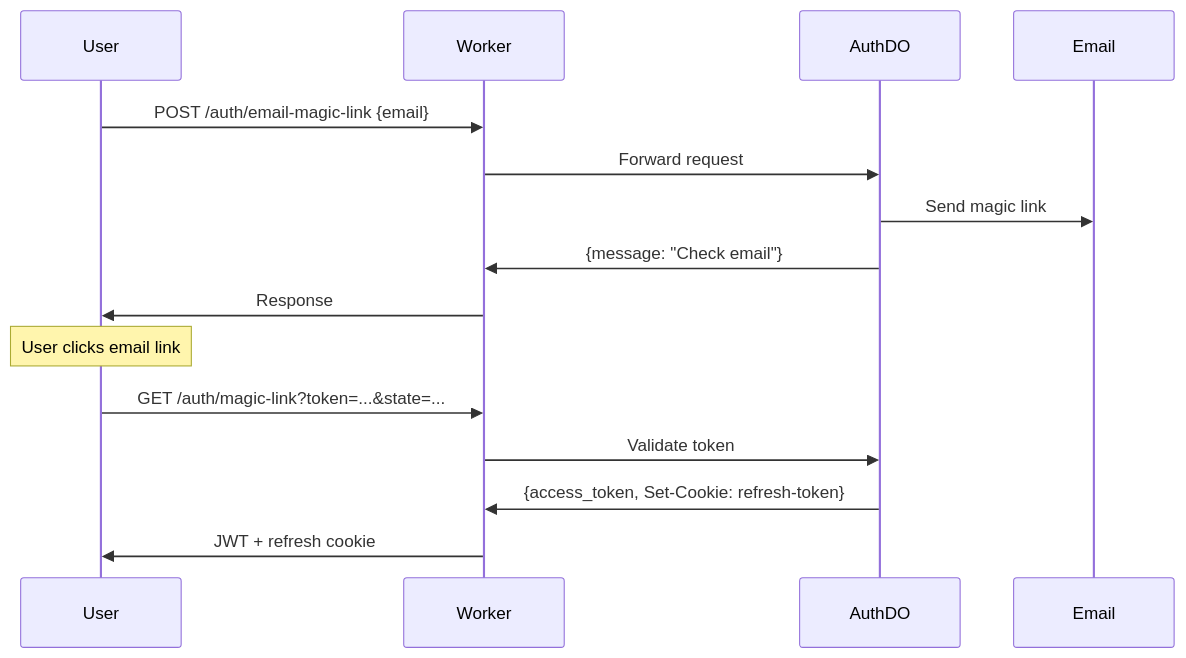
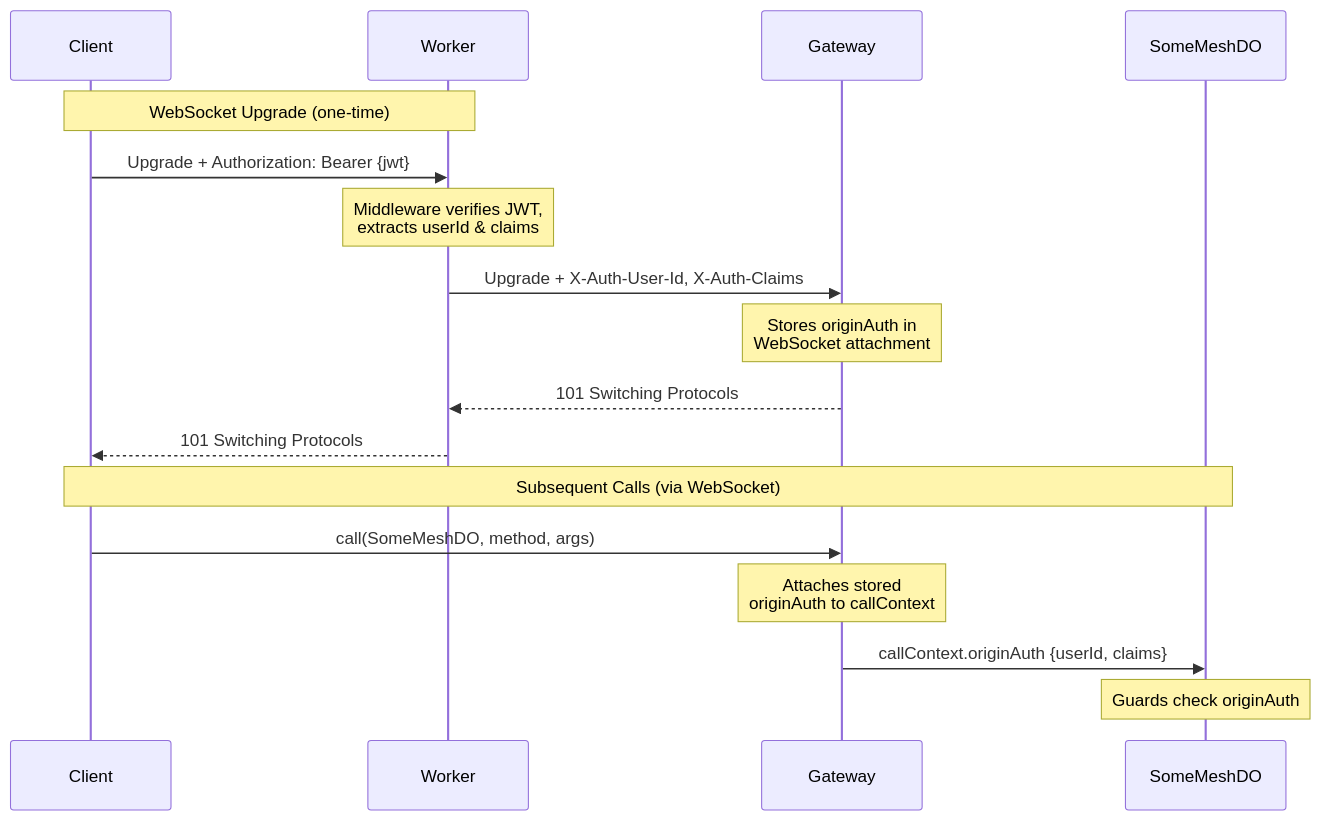
The diagram in website/docs/lumenize-mesh/security.mdx (lumenize/lumenize), drawn with Mermaid before and after one commit. The commit also changed other lines of this file and 14 other files, not shown here.

````diff
--- a/website/docs/lumenize-mesh/security.mdx
+++ b/website/docs/lumenize-mesh/security.mdx
@@ -80,20 +17,21 @@
 ```mermaid
 sequenceDiagram
-    participant User
+    participant Client
     participant Worker
-    participant AuthDO
-    participant Email
+    participant Gateway
+    participant SomeMeshDO
 
-    User->>Worker: POST /auth/email-magic-link {email}
-    Worker->>AuthDO: Forward request
-    AuthDO->>Email: Send magic link
-    AuthDO->>Worker: {message: "Check email"}
-    Worker->>User: Response
+    Note over Client,Worker: WebSocket Upgrade (one-time)
+    Client->>Worker: Upgrade + Authorization: Bearer {jwt}
+    Note over Worker: Middleware verifies JWT,<br/>extracts userId & claims
+    Worker->>Gateway: Upgrade + X-Auth-User-Id, X-Auth-Claims
+    Note over Gateway: Stores originAuth in<br/>WebSocket attachment
+    Gateway-->>Worker: 101 Switching Protocols
+    Worker-->>Client: 101 Switching Protocols
 
-    Note over User: User clicks email link
-
-    User->>Worker: GET /auth/magic-link?token=...&state=...
-    Worker->>AuthDO: Validate token
-    AuthDO->>Worker: {access_token, Set-Cookie: refresh-token}
-    Worker->>User: JWT + refresh cookie
+    Note over Client,SomeMeshDO: Subsequent Calls (via WebSocket)
+    Client->>Gateway: call(SomeMeshDO, method, args)
+    Note over Gateway: Attaches stored<br/>originAuth to callContext
+    Gateway->>SomeMeshDO: callContext.originAuth {userId, claims}
+    Note over SomeMeshDO: Guards check originAuth
 ```
````
